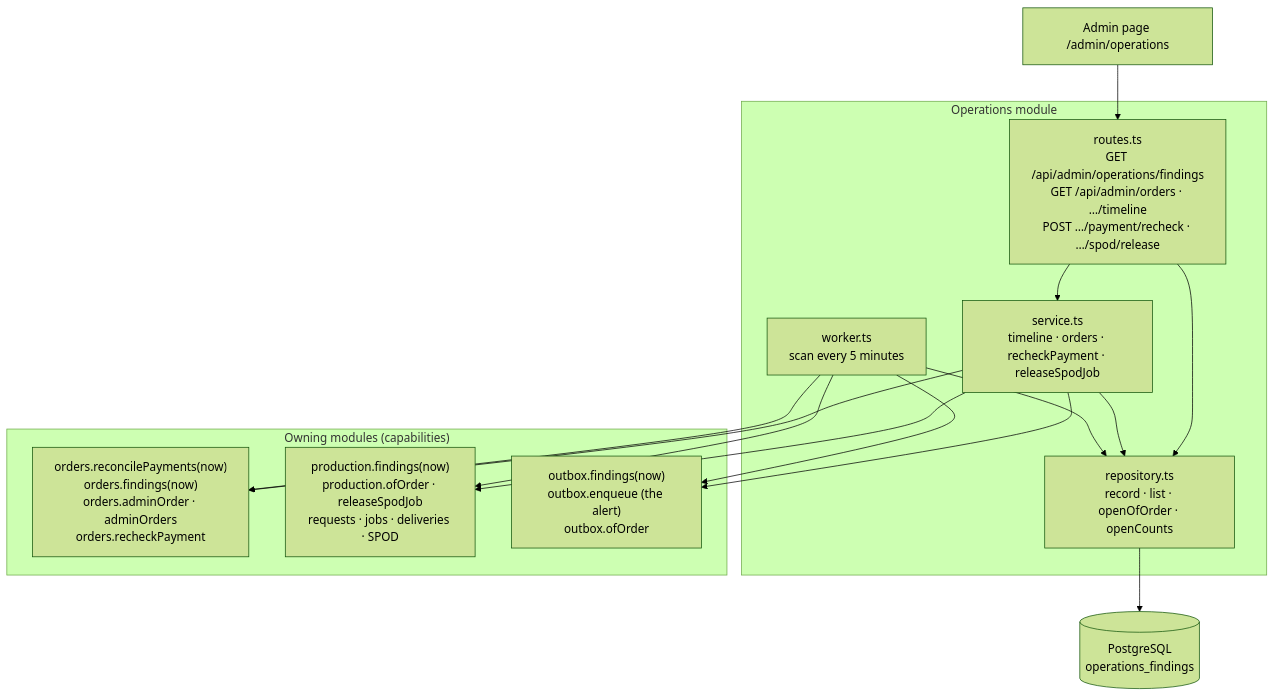
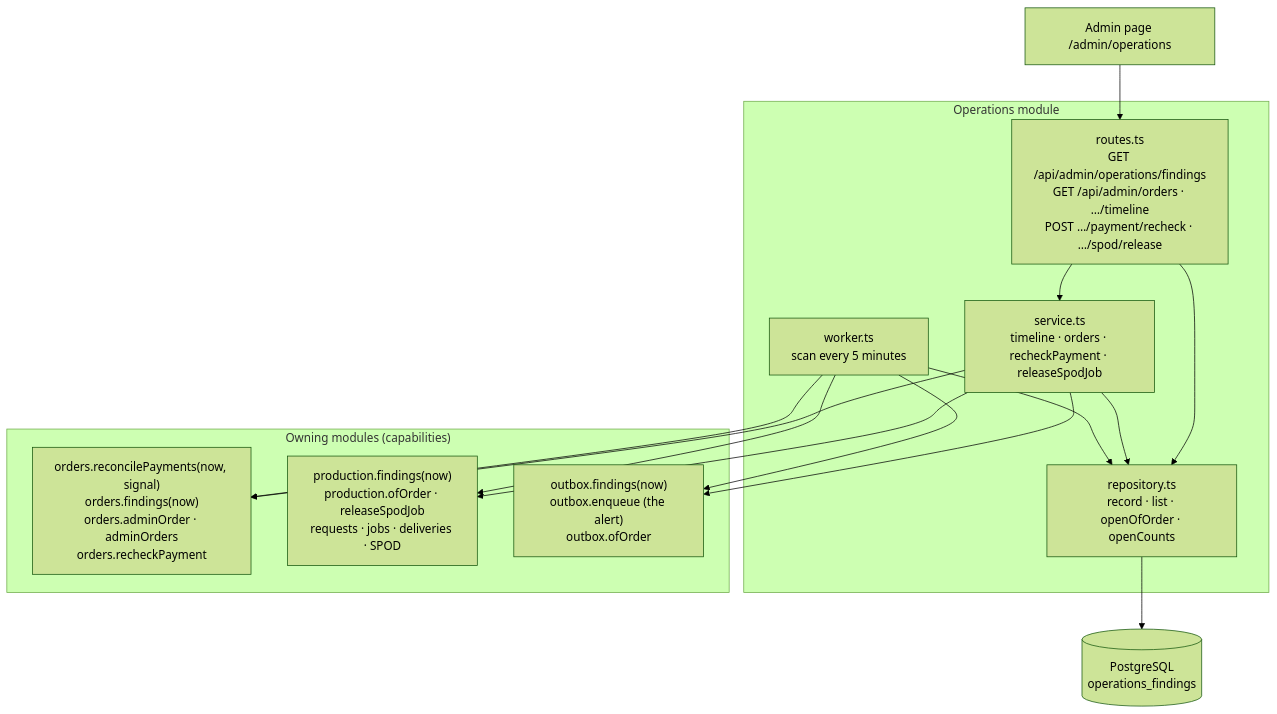
Before and after one commit to bitstorm-tech/voenix-shop-kotlin: the diagram in docs/dev/backend-ts/packages/operations-package.md, drawn with Mermaid (forest theme). The commit also changed other lines of this file and 27 other files, not shown here.

Commit message:
Fix the council findings on #282: atomic payment ending, exact status events, stored recheck answer, abortable scan, stable timeline

````diff
--- a/docs/dev/backend-ts/packages/operations-package.md
+++ b/docs/dev/backend-ts/packages/operations-package.md
@@ -59,25 +59,25 @@
 ```mermaid
 flowchart TB
     Admin["Admin page /admin/operations"]
 
     subgraph Operations["Operations module"]
         Routes["routes.ts<br/>GET /api/admin/operations/findings<br/>GET /api/admin/orders · …/timeline<br/>POST …/payment/recheck · …/spod/release"]
         Service["service.ts<br/>timeline · orders · recheckPayment · releaseSpodJob"]
         Worker["worker.ts<br/>scan every 5 minutes"]
         Repository["repository.ts<br/>record · list · openOfOrder · openCounts"]
     end
 
     subgraph Owners["Owning modules (capabilities)"]
-        Orders["orders.reconcilePayments(now)<br/>orders.findings(now)<br/>orders.adminOrder · adminOrders<br/>orders.recheckPayment"]
+        Orders["orders.reconcilePayments(now, signal)<br/>orders.findings(now)<br/>orders.adminOrder · adminOrders<br/>orders.recheckPayment"]
         Production["production.findings(now)<br/>production.ofOrder · releaseSpodJob<br/>requests · jobs · deliveries · SPOD"]
         Outbox["outbox.findings(now)<br/>outbox.enqueue (the alert)<br/>outbox.ofOrder"]
     end
 
     Table[("PostgreSQL<br/>operations_findings")]
 
     Admin --> Routes --> Repository
     Routes --> Service --> Repository
     Service --> Orders & Production & Outbox
     Worker --> Orders & Production & Outbox
     Worker --> Repository --> Table
 ```
````
